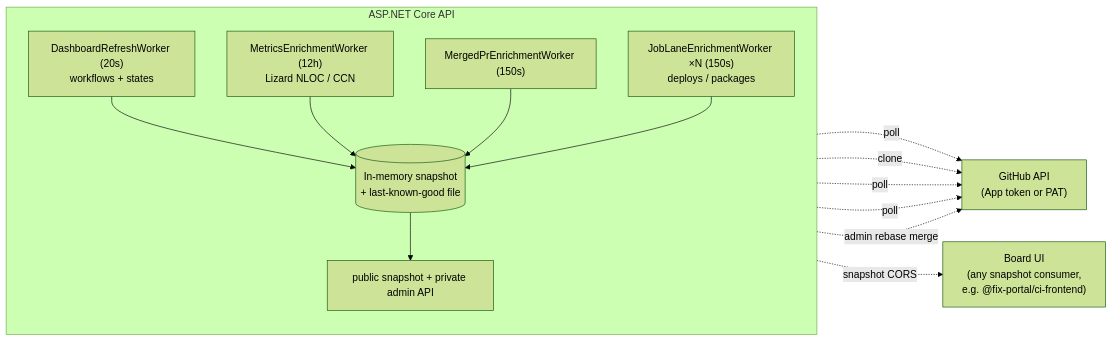
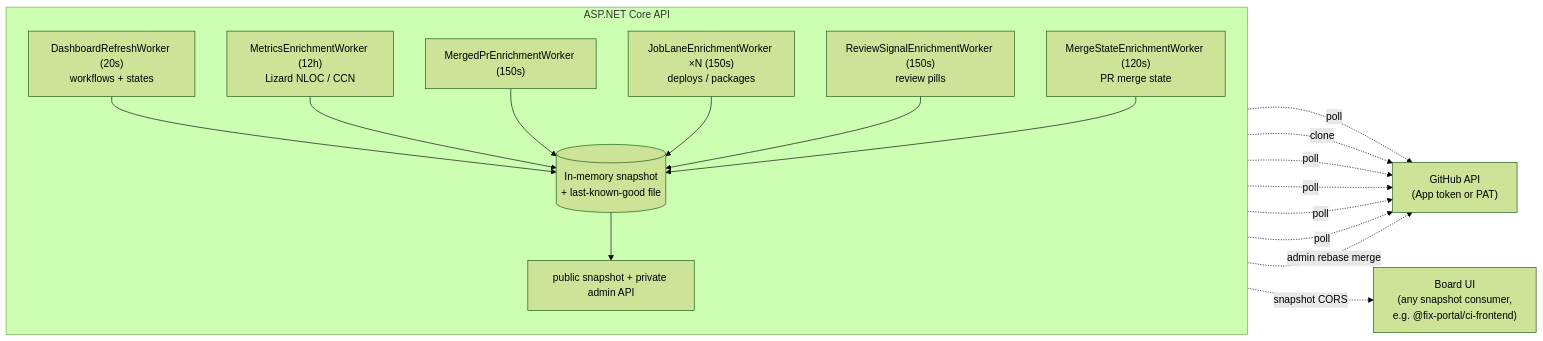
One commit to FixPortal/fixportal-ci-backend changed the diagram in README.md. Above: the diagram before and after it, drawn with Mermaid (forest theme). The commit also changed other lines of this file and 2 other files, not shown here.

````diff
--- a/README.md
+++ b/README.md
@@ -44,25 +55,31 @@
 ```mermaid
 graph LR
     subgraph App["ASP.NET Core API"]
         direction TB
         RW["DashboardRefreshWorker (20s)<br/>workflows + states"]
         MW["MetricsEnrichmentWorker (12h)<br/>Lizard NLOC / CCN"]
         PW["MergedPrEnrichmentWorker (150s)"]
         JW["JobLaneEnrichmentWorker ×N (150s)<br/>deploys / packages"]
+        RSW["ReviewSignalEnrichmentWorker (150s)<br/>review pills"]
+        MSW["MergeStateEnrichmentWorker (120s)<br/>PR merge state"]
         SNAP[("In-memory snapshot<br/>+ last-known-good file")]
         API["public snapshot + private admin API"]
         RW --> SNAP
         MW --> SNAP
         PW --> SNAP
         JW --> SNAP
+        RSW --> SNAP
+        MSW --> SNAP
         SNAP --> API
     end
     GH["GitHub API<br/>(App token or PAT)"]
     SPA["Board UI<br/>(any snapshot consumer,<br/>e.g. @fix-portal/ci-frontend)"]
     RW -.poll.-> GH
     MW -.clone.-> GH
     PW -.poll.-> GH
     JW -.poll.-> GH
+    RSW -.poll.-> GH
+    MSW -.poll.-> GH
     API -.admin rebase merge.-> GH
     API -.snapshot CORS.-> SPA
 ```
````
